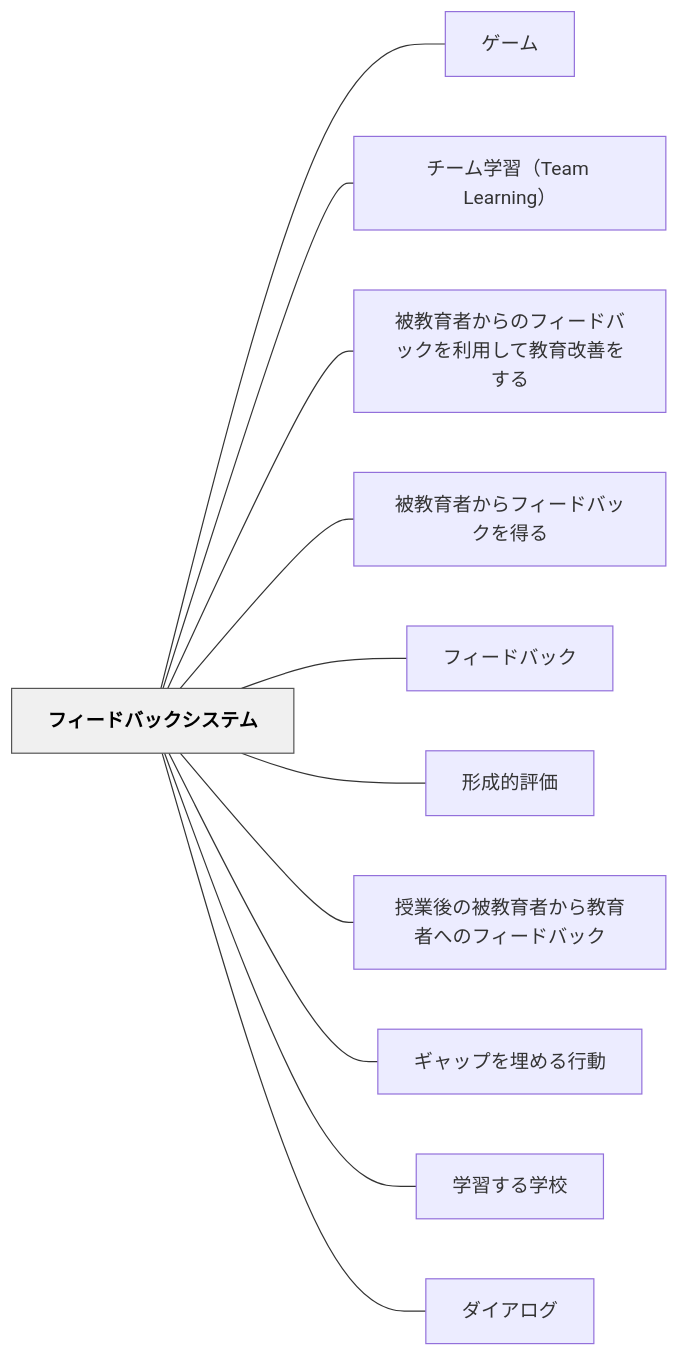
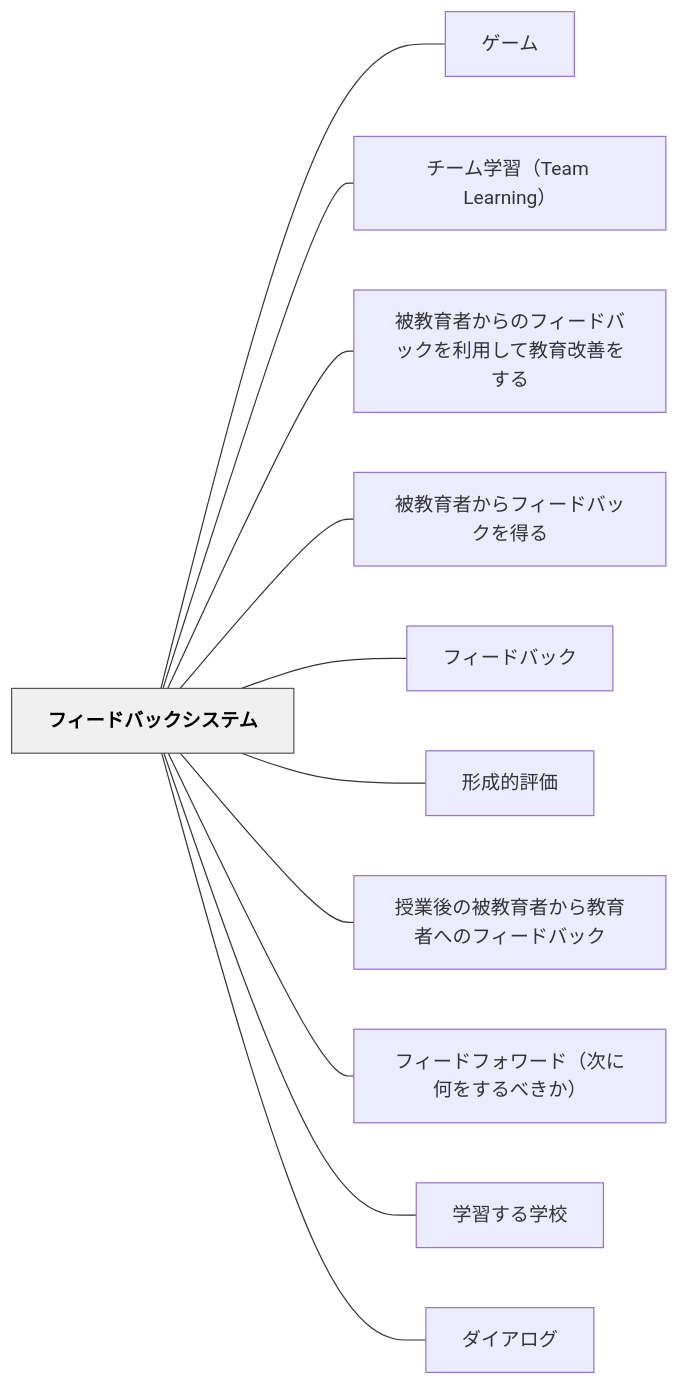
The diagram in content/パタン/フィードバックシステム.md (unknownthings-ed-patterns/unknownthings-ed-patterns), drawn with Mermaid before and after one commit. The commit also changed other lines of this file and 6 other files, not shown here.

````diff
--- a/content/パタン/フィードバックシステム.md
+++ b/content/パタン/フィードバックシステム.md
@@ -241,28 +241,28 @@
 ```mermaid
 flowchart LR
     ne38395e382a3e383bce38389e38390e38383e382afe382b7e382b9e38386e383a0["フィードバックシステム"]
     ne382b2e383bce383a0["ゲーム"]
     ne38381e383bce383a0e5ada6e7bf92efbc885465616d204c6561726e696e67efbc89["チーム学習（Team Learning）"]
     ne8a2abe69599e882b2e88085e3818be38289e381aee38395e382a3e383bce38389e38390e38383e382afe38292e588a9e794a8e38197e381a6e69599e882b2e694b9e59684e38292e38199e3828b["被教育者からのフィードバックを利用して教育改善をする"]
     ne8a2abe69599e882b2e88085e3818be38289e38395e382a3e383bce38389e38390e38383e382afe38292e5be97e3828b["被教育者からフィードバックを得る"]
     ne38395e382a3e383bce38389e38390e38383e382af["フィードバック"]
     ne5bda2e68890e79a84e8a995e4bea1["形成的評価"]
     ne68e88e6a5ade5be8ce381aee8a2abe69599e882b2e88085e3818be38289e69599e882b2e88085e381b8e381aee38395e382a3e383bce38389e38390e38383e382af["授業後の被教育者から教育者へのフィードバック"]
-    ne382aee383a3e38383e38397e38292e59f8be38281e3828be8a18ce58b95["ギャップを埋める行動"]
+    ne38395e382a3e383bce38389e38395e382a9e383afe383bce38389efbc88e6aca1e381abe4bd95e38292e38199e3828be381b9e3818de3818befbc89["フィードフォワード（次に何をするべきか）"]
     ne5ada6e7bf92e38199e3828be5ada6e6a0a1["学習する学校"]
     ne38380e382a4e382a2e383ade382b0["ダイアログ"]
 
     ne38395e382a3e383bce38389e38390e38383e382afe382b7e382b9e38386e383a0 --- ne382b2e383bce383a0
     ne38395e382a3e383bce38389e38390e38383e382afe382b7e382b9e38386e383a0 --- ne38381e383bce383a0e5ada6e7bf92efbc885465616d204c6561726e696e67efbc89
     ne38395e382a3e383bce38389e38390e38383e382afe382b7e382b9e38386e383a0 --- ne8a2abe69599e882b2e88085e3818be38289e381aee38395e382a3e383bce38389e38390e38383e382afe38292e588a9e794a8e38197e381a6e69599e882b2e694b9e59684e38292e38199e3828b
     ne38395e382a3e383bce38389e38390e38383e382afe382b7e382b9e38386e383a0 --- ne8a2abe69599e882b2e88085e3818be38289e38395e382a3e383bce38389e38390e38383e382afe38292e5be97e3828b
     ne38395e382a3e383bce38389e38390e38383e382afe382b7e382b9e38386e383a0 --- ne38395e382a3e383bce38389e38390e38383e382af
     ne38395e382a3e383bce38389e38390e38383e382afe382b7e382b9e38386e383a0 --- ne5bda2e68890e79a84e8a995e4bea1
     ne38395e382a3e383bce38389e38390e38383e382afe382b7e382b9e38386e383a0 --- ne68e88e6a5ade5be8ce381aee8a2abe69599e882b2e88085e3818be38289e69599e882b2e88085e381b8e381aee38395e382a3e383bce38389e38390e38383e382af
-    ne38395e382a3e383bce38389e38390e38383e382afe382b7e382b9e38386e383a0 --- ne382aee383a3e38383e38397e38292e59f8be38281e3828be8a18ce58b95
+    ne38395e382a3e383bce38389e38390e38383e382afe382b7e382b9e38386e383a0 --- ne38395e382a3e383bce38389e38395e382a9e383afe383bce38389efbc88e6aca1e381abe4bd95e38292e38199e3828be381b9e3818de3818befbc89
     ne38395e382a3e383bce38389e38390e38383e382afe382b7e382b9e38386e383a0 --- ne5ada6e7bf92e38199e3828be5ada6e6a0a1
     ne38395e382a3e383bce38389e38390e38383e382afe382b7e382b9e38386e383a0 --- ne38380e382a4e382a2e383ade382b0
 
     classDef hub fill:#f0f0f0,stroke:#555,color:#000,font-weight:bold
     class ne38395e382a3e383bce38389e38390e38383e382afe382b7e382b9e38386e383a0 hub
 ```
````
